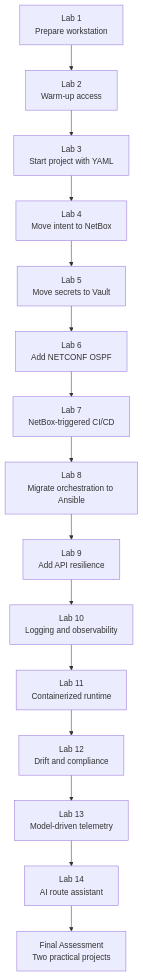
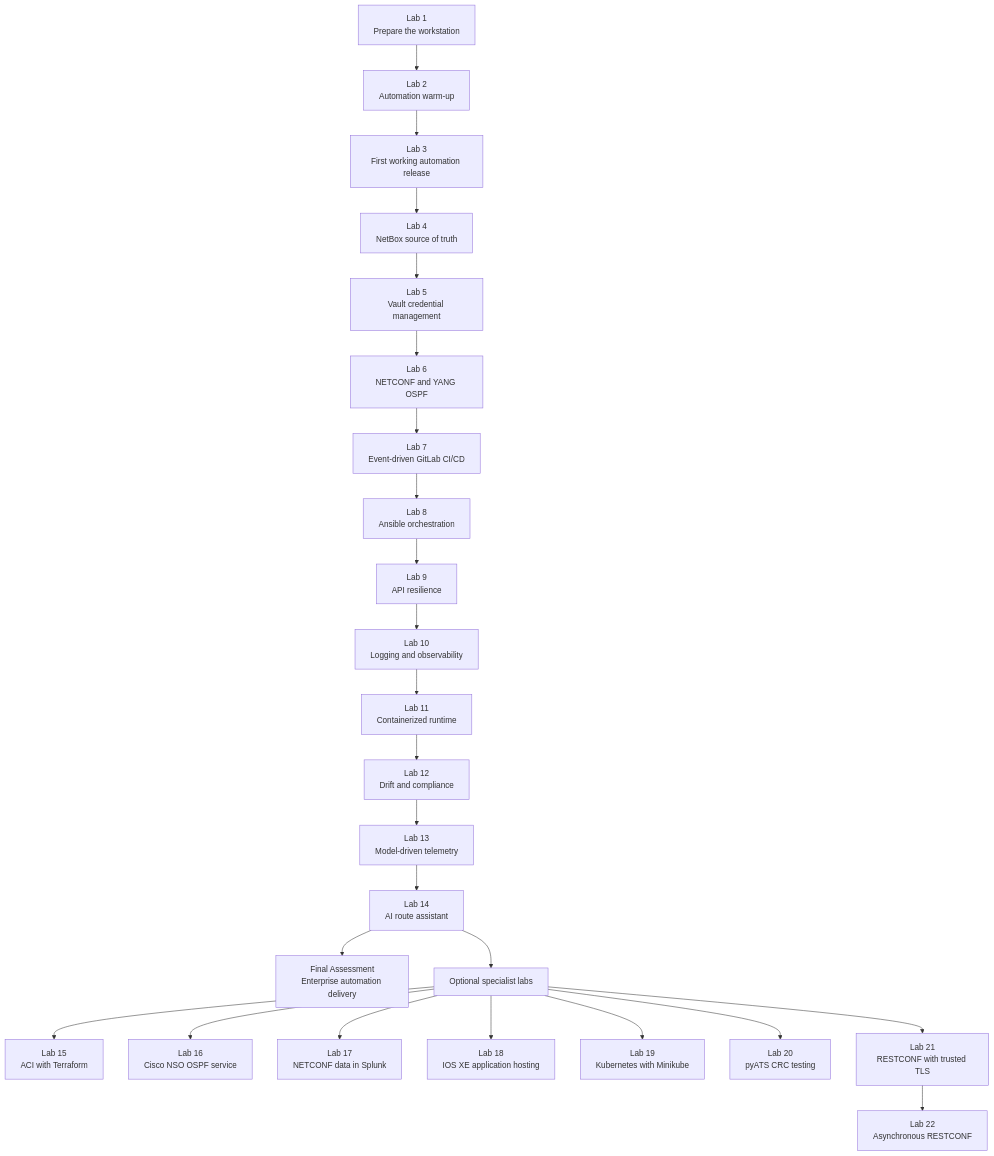
One commit to tanthanh85/CCNPAUTO changed the second of 9 diagrams in LAB/README.md. Above: the diagram before and after it, drawn with Mermaid. The commit also changed other lines of this file, not shown here.

````diff
--- a/LAB/README.md
+++ b/LAB/README.md
@@ -31,17 +103,51 @@
 ```mermaid
 flowchart TD
-    L1["Lab 1<br/>Prepare workstation"] --> L2["Lab 2<br/>Warm-up access"]
-    L2 --> L3["Lab 3<br/>Start project with YAML"]
-    L3 --> L4["Lab 4<br/>Move intent to NetBox"]
-    L4 --> L5["Lab 5<br/>Move secrets to Vault"]
-    L5 --> L6["Lab 6<br/>Add NETCONF OSPF"]
-    L6 --> L7["Lab 7<br/>NetBox-triggered CI/CD"]
-    L7 --> L8["Lab 8<br/>Migrate orchestration to Ansible"]
-    L8 --> L9["Lab 9<br/>Add API resilience"]
-    L9 --> L10["Lab 10<br/>Logging and observability"]
-    L10 --> L11["Lab 11<br/>Containerized runtime"]
-    L11 --> L12["Lab 12<br/>Drift and compliance"]
-    L12 --> L13["Lab 13<br/>Model-driven telemetry"]
-    L13 --> L14["Lab 14<br/>AI route assistant"]
-    L14 --> F["Final Assessment<br/>Two practical projects"]
+    L1["Lab 1<br/>Prepare the workstation"]
+    L2["Lab 2<br/>Automation warm-up"]
+    L3["Lab 3<br/>First working automation release"]
+    L4["Lab 4<br/>NetBox source of truth"]
+    L5["Lab 5<br/>Vault credential management"]
+    L6["Lab 6<br/>NETCONF and YANG OSPF"]
+    L7["Lab 7<br/>Event-driven GitLab CI/CD"]
+    L8["Lab 8<br/>Ansible orchestration"]
+    L9["Lab 9<br/>API resilience"]
+    L10["Lab 10<br/>Logging and observability"]
+    L11["Lab 11<br/>Containerized runtime"]
+    L12["Lab 12<br/>Drift and compliance"]
+    L13["Lab 13<br/>Model-driven telemetry"]
+    L14["Lab 14<br/>AI route assistant"]
+    FINAL["Final Assessment<br/>Enterprise automation delivery"]
+    OPTIONAL["Optional specialist labs"]
+    L15["Lab 15<br/>ACI with Terraform"]
+    L16["Lab 16<br/>Cisco NSO OSPF service"]
+    L17["Lab 17<br/>NETCONF data in Splunk"]
+    L18["Lab 18<br/>IOS XE application hosting"]
+    L19["Lab 19<br/>Kubernetes with Minikube"]
+    L20["Lab 20<br/>pyATS CRC testing"]
+    L21["Lab 21<br/>RESTCONF with trusted TLS"]
+    L22["Lab 22<br/>Asynchronous RESTCONF"]
+
+    L1 --> L2
+    L2 --> L3
+    L3 --> L4
+    L4 --> L5
+    L5 --> L6
+    L6 --> L7
+    L7 --> L8
+    L8 --> L9
+    L9 --> L10
+    L10 --> L11
+    L11 --> L12
+    L12 --> L13
+    L13 --> L14
+    L14 --> FINAL
+    L14 --> OPTIONAL
+    OPTIONAL --> L15
+    OPTIONAL --> L16
+    OPTIONAL --> L17
+    OPTIONAL --> L18
+    OPTIONAL --> L19
+    OPTIONAL --> L20
+    OPTIONAL --> L21
+    L21 --> L22
 ```
````
